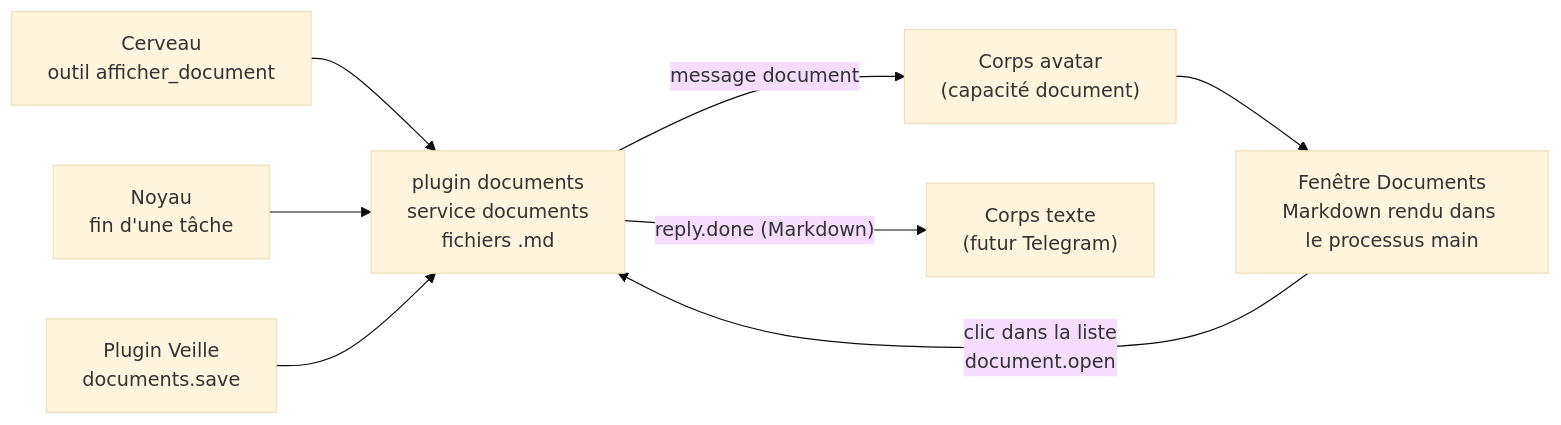
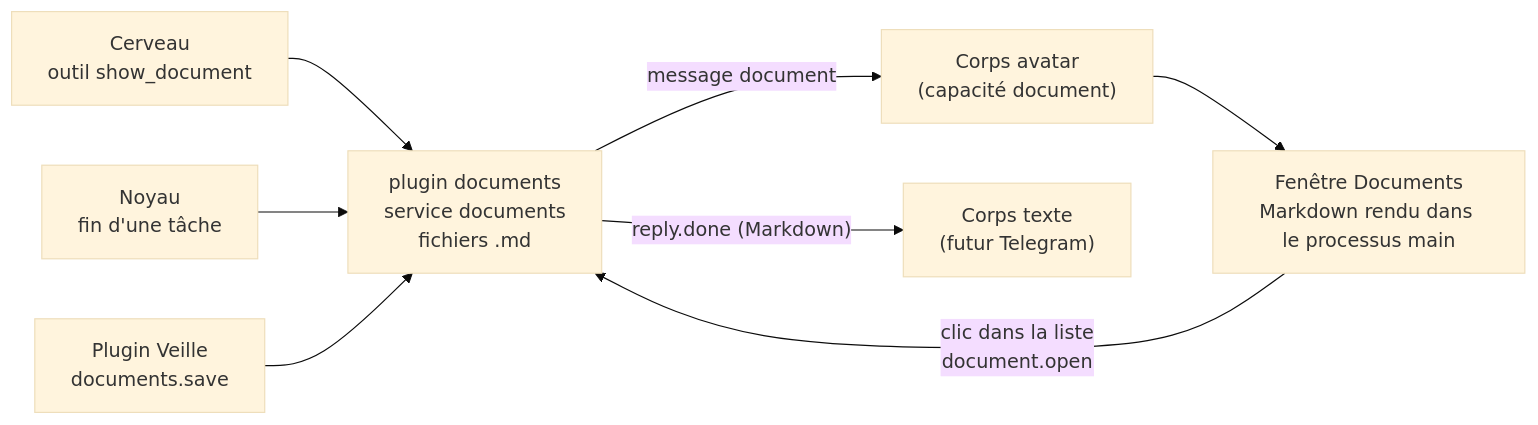
Before and after one commit to gleborgne/floppy: the diagram in docs/spec/documents.md, drawn with Mermaid (base theme). The commit also changed other lines of this file and 169 other files, not shown here.

````diff
--- a/docs/spec/documents.md
+++ b/docs/spec/documents.md
@@ -15,10 +15,10 @@
 ```mermaid
 flowchart LR
-  B["Cerveau<br/>outil afficher_document"] --> D
+  B["Cerveau<br/>outil show_document"] --> D
   T["Noyau<br/>fin d'une tâche"] --> D
   V["Plugin Veille<br/>documents.save"] --> D
   D["plugin documents<br/>service documents<br/>fichiers .md"] -- "message document" --> A["Corps avatar<br/>(capacité document)"]
   D -- "reply.done (Markdown)" --> TX["Corps texte<br/>(futur Telegram)"]
   A --> W["Fenêtre Documents<br/>Markdown rendu dans le processus main"]
   W -- "clic dans la liste<br/>document.open" --> D
 ```
````
